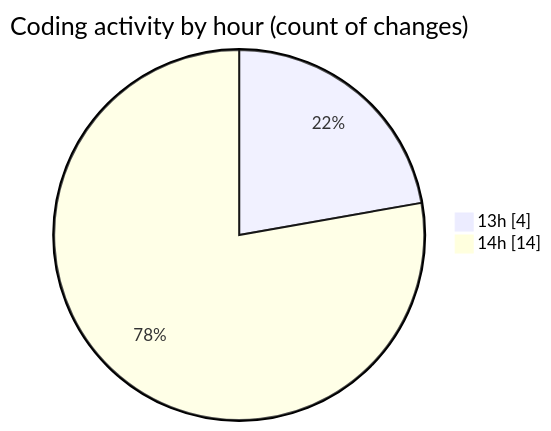
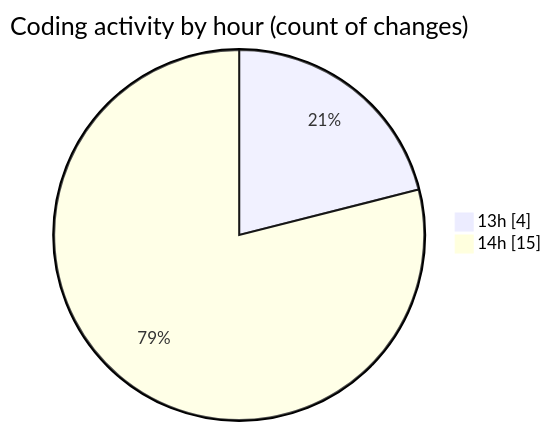
Before and after one commit to Ritupan-Deka/code-tracking: the second of 2 diagrams in 2025-01-21/projects/README.md, drawn with Mermaid. The commit also changed other lines of this file and 1 other file, not shown here.

````diff
--- a/2025-01-21/projects/README.md
+++ b/2025-01-21/projects/README.md
@@ -28,6 +28,6 @@
 ```mermaid
 pie showData
 title Coding activity by hour (count of changes)
 "13h" : 4
-"14h" : 14
+"14h" : 15
 ```
````
